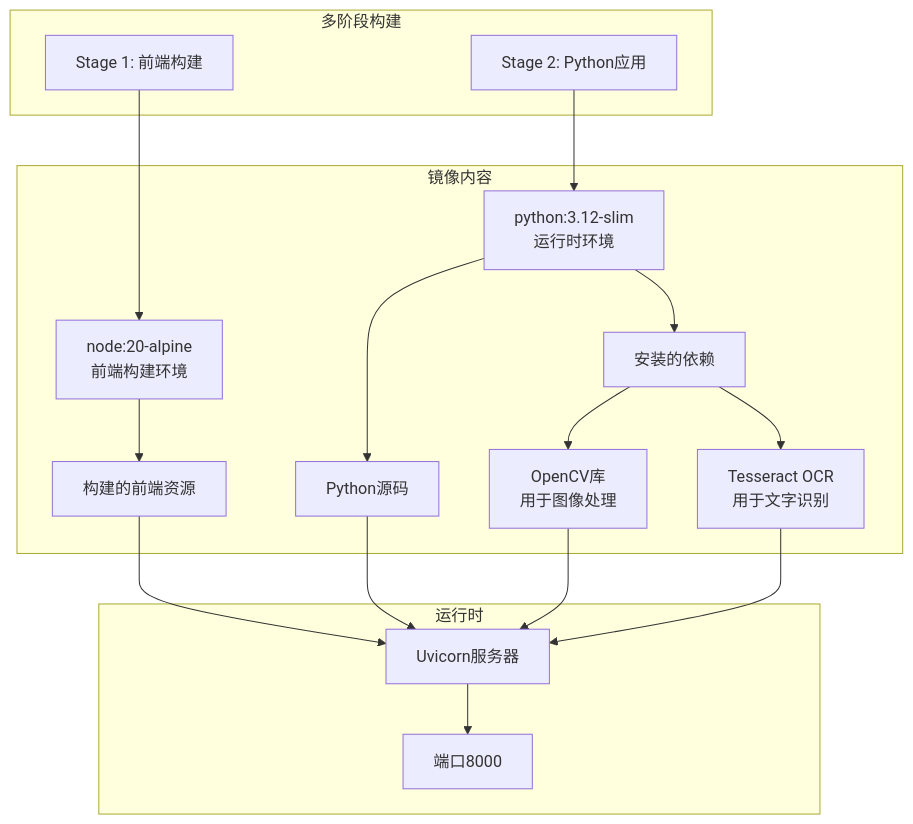
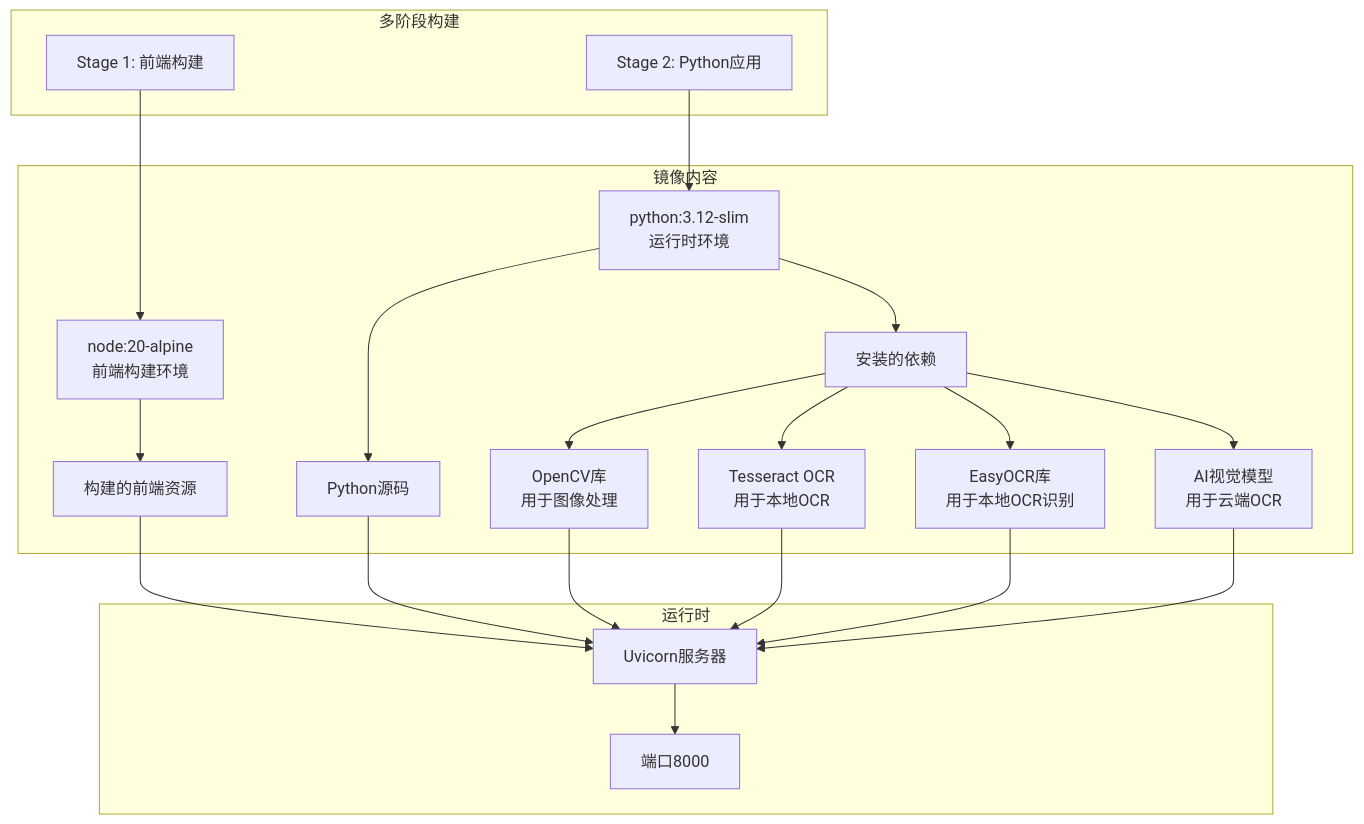
One commit to SimonWHL/math-learning changed diagram 17 of 17 in .qoder/repowiki/zh/content/项目结构/Web API接口.md. Above: the diagram before and after it, drawn with Mermaid. The commit also changed other lines of this file and 4 other files, not shown here.

````diff
--- a/.qoder/repowiki/zh/content/项目结构/Web API接口.md
+++ b/.qoder/repowiki/zh/content/项目结构/Web API接口.md
@@ -586,32 +777,38 @@
 ```mermaid
 graph TB
 subgraph "多阶段构建"
 Stage1[Stage 1: 前端构建]
 Stage2[Stage 2: Python应用]
 end
 subgraph "镜像内容"
 Node[node:20-alpine<br/>前端构建环境]
 Python[python:3.12-slim<br/>运行时环境]
 Frontend[构建的前端资源]
 Backend[Python源码]
 Dependencies[安装的依赖]
 OpenCV[OpenCV库<br/>用于图像处理]
-Tesseract[Tesseract OCR<br/>用于文字识别]
+Tesseract[Tesseract OCR<br/>用于本地OCR]
+EasyOCR[EasyOCR库<br/>用于本地OCR识别]
+AIModels[AI视觉模型<br/>用于云端OCR]
 end
 subgraph "运行时"
 Uvicorn[Uvicorn服务器]
 Port[端口8000]
 end
 Stage1 --> Node
 Stage2 --> Python
 Node --> Frontend
 Python --> Backend
 Python --> Dependencies
 Dependencies --> OpenCV
 Dependencies --> Tesseract
+Dependencies --> EasyOCR
+Dependencies --> AIModels
 Frontend --> Uvicorn
 Backend --> Uvicorn
 OpenCV --> Uvicorn
 Tesseract --> Uvicorn
+EasyOCR --> Uvicorn
+AIModels --> Uvicorn
 Uvicorn --> Port
 ```
````
